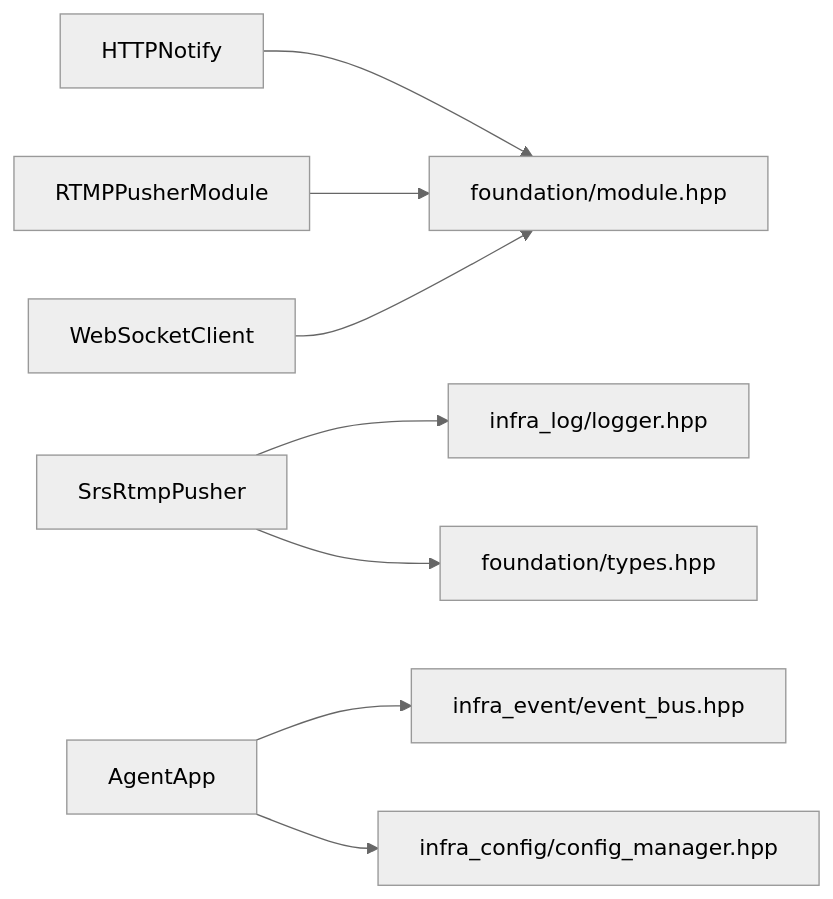
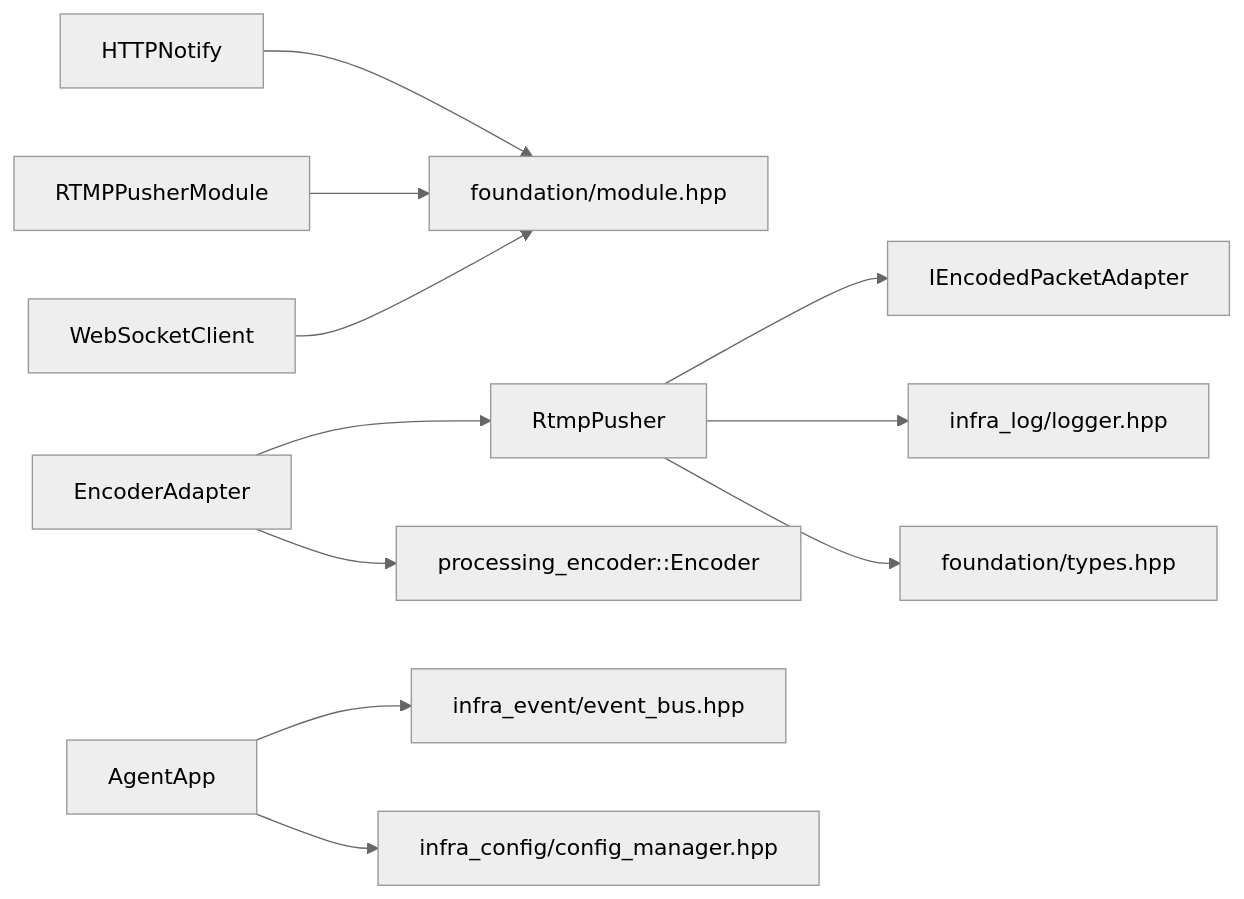
One commit to tsxuehu/pi-guard changed the sixth of 6 diagrams in .qoder/repowiki/zh/content/C++ 代理程序/外部访问模块.md. Above: the diagram before and after it, drawn with Mermaid (neutral theme). The commit also changed other lines of this file and 8 other files, not shown here.

````diff
--- a/.qoder/repowiki/zh/content/C++ 代理程序/外部访问模块.md
+++ b/.qoder/repowiki/zh/content/C++ 代理程序/外部访问模块.md
@@ -346,10 +338,13 @@
 ```mermaid
 graph LR
 HTTP["HTTPNotify"] --> Mod["foundation/module.hpp"]
 RTMP["RTMPPusherModule"] --> Mod
 WS["WebSocketClient"] --> Mod
-SRSP["SrsRtmpPusher"] --> LOG["infra_log/logger.hpp"]
-SRSP --> TYP["foundation/types.hpp"]
+RP["RtmpPusher"] --> IF["IEncodedPacketAdapter"]
+EA["EncoderAdapter"] --> RP
+EA --> ENC["processing_encoder::Encoder"]
+RP --> LOG["infra_log/logger.hpp"]
+RP --> TYP["foundation/types.hpp"]
 APP["AgentApp"] --> EB["infra_event/event_bus.hpp"]
 APP --> CFG["infra_config/config_manager.hpp"]
 ```
````
